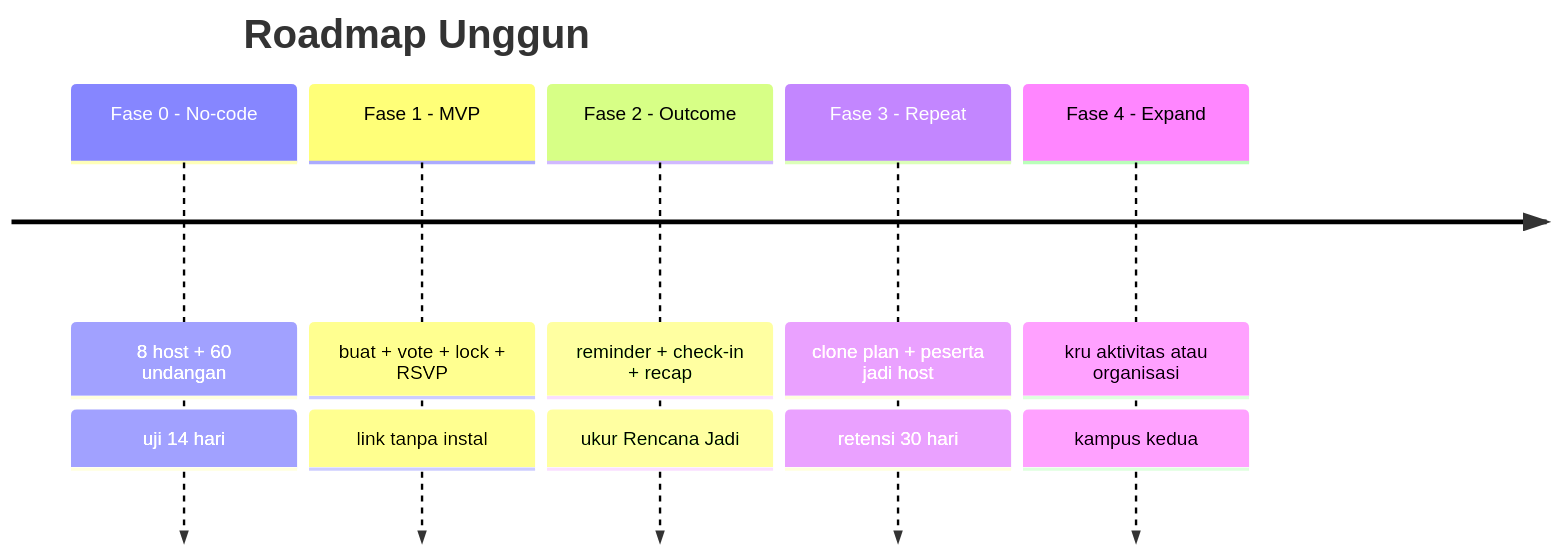
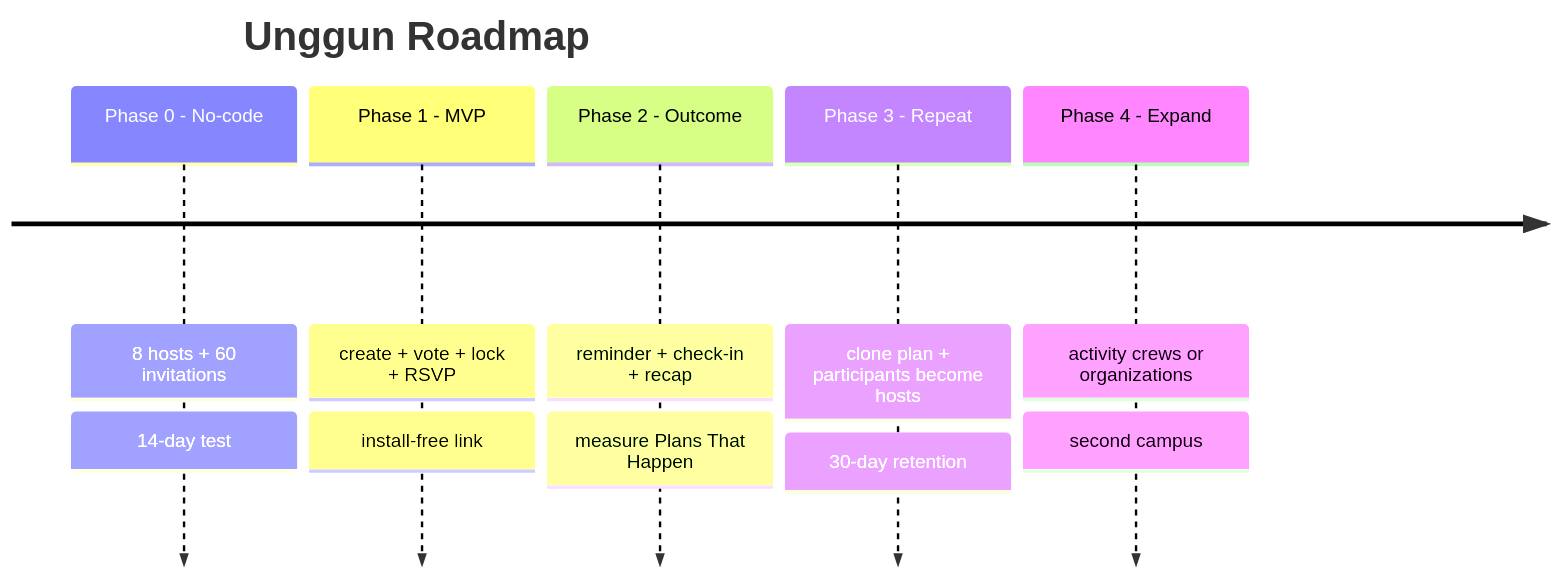
The second of 2 diagrams in concept/03-growth-metrik-roadmap.md (itsmhp/SocialMedia), drawn with Mermaid before and after one commit. The commit also changed other lines of this file and 23 other files, not shown here.

````diff
--- a/concept/03-growth-metrik-roadmap.md
+++ b/concept/03-growth-metrik-roadmap.md
@@ -24,9 +24,9 @@
 ```mermaid
 timeline
-    title Roadmap Unggun
-    Fase 0 - No-code : 8 host + 60 undangan : uji 14 hari
-    Fase 1 - MVP : buat + vote + lock + RSVP : link tanpa instal
-    Fase 2 - Outcome : reminder + check-in + recap : ukur Rencana Jadi
-    Fase 3 - Repeat : clone plan + peserta jadi host : retensi 30 hari
-    Fase 4 - Expand : kru aktivitas atau organisasi : kampus kedua
+    title Unggun Roadmap
+    Phase 0 - No-code : 8 hosts + 60 invitations : 14-day test
+    Phase 1 - MVP : create + vote + lock + RSVP : install-free link
+    Phase 2 - Outcome : reminder + check-in + recap : measure Plans That Happen
+    Phase 3 - Repeat : clone plan + participants become hosts : 30-day retention
+    Phase 4 - Expand : activity crews or organizations : second campus
 ```
````
